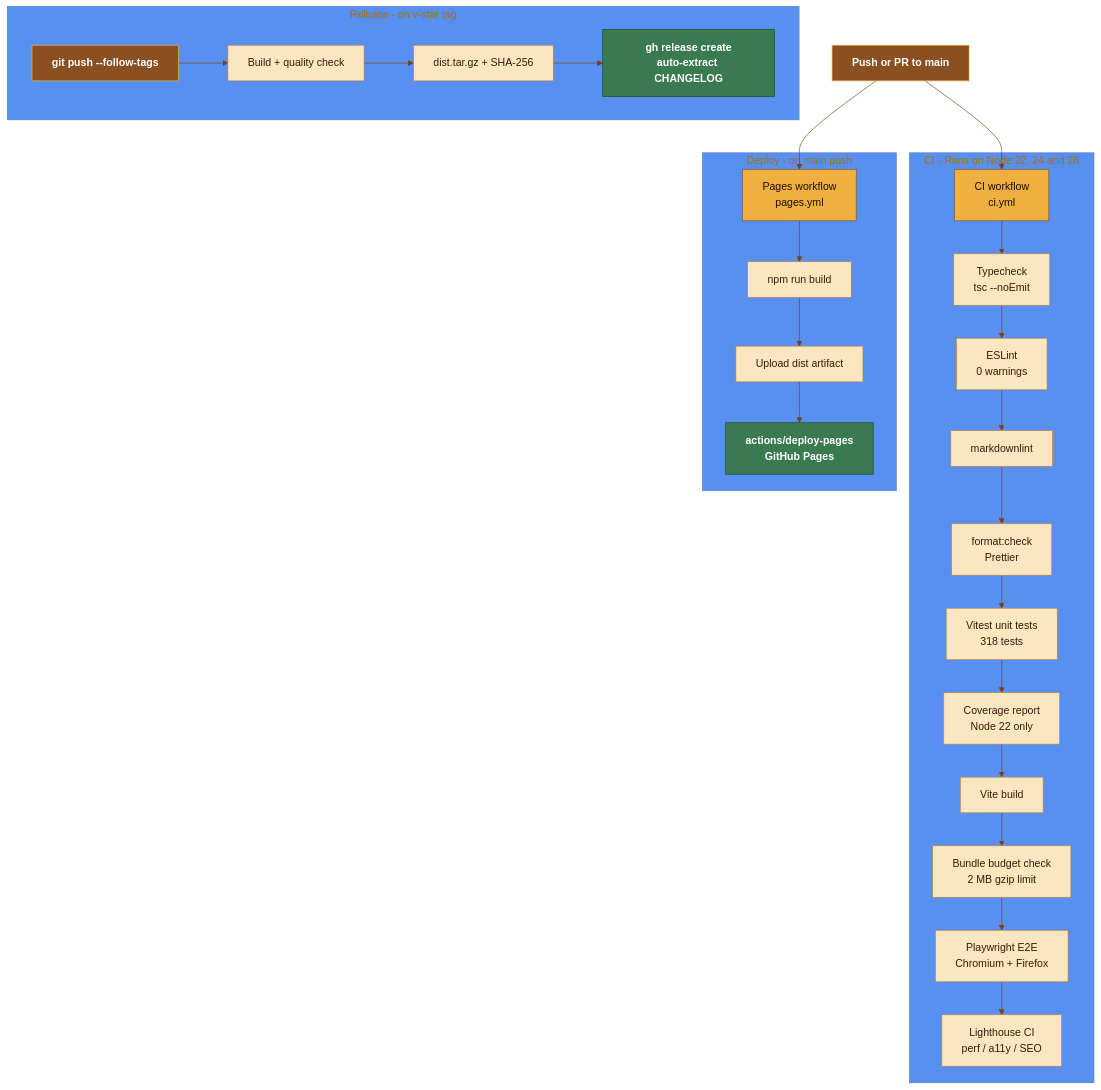
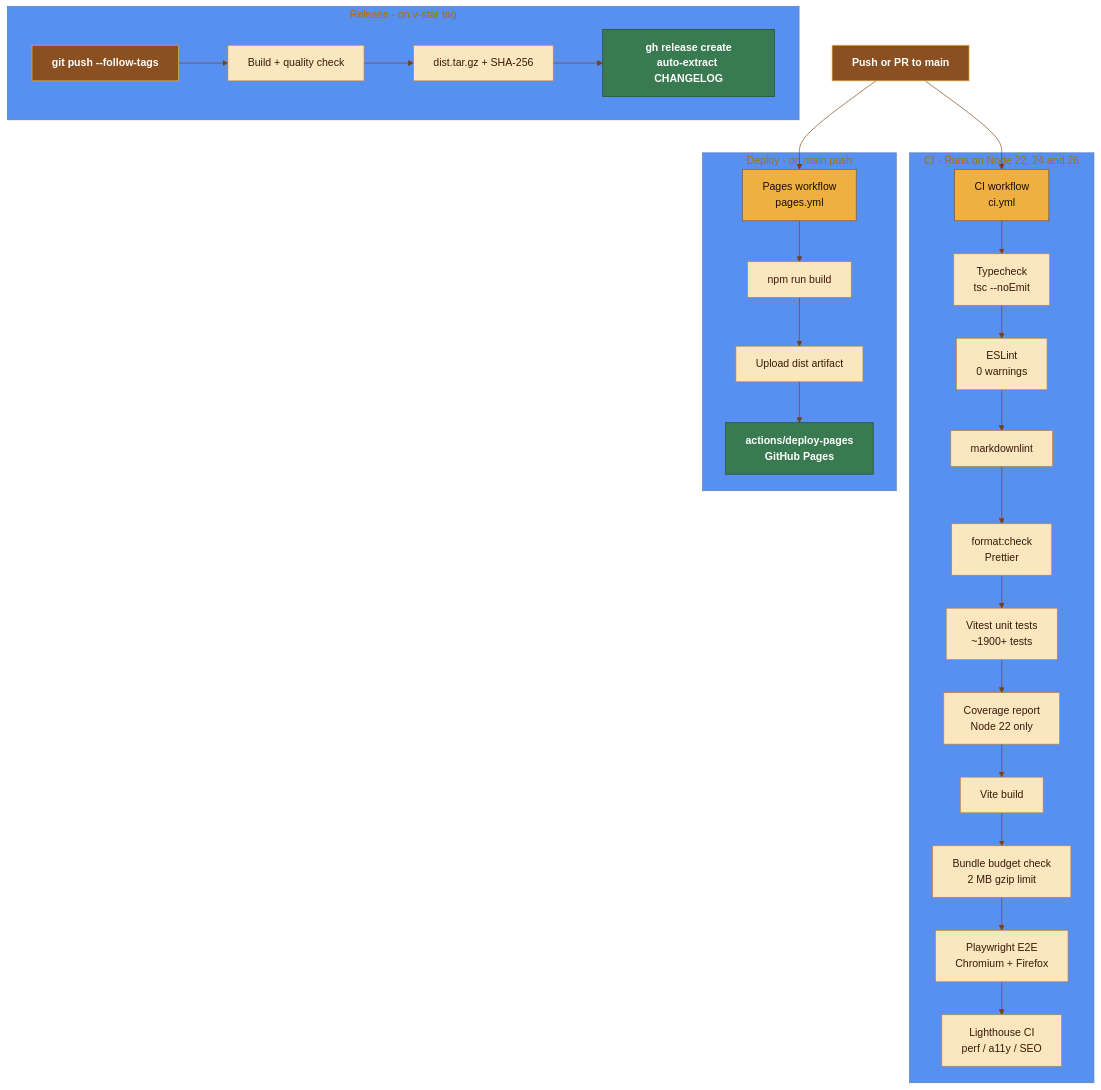
Before and after one commit to RajwanYair/WoodworkingShop: the fifth of 8 diagrams in docs/ARCHITECTURE.md, drawn with Mermaid. The commit also changed other lines of this file and 10 other files, not shown here.

````diff
--- a/docs/ARCHITECTURE.md
+++ b/docs/ARCHITECTURE.md
@@ -355,38 +315,38 @@
 ```mermaid
 %%{init: {'theme': 'base', 'themeVariables': {'primaryColor': '#f0b040', 'primaryTextColor': '#1a0e06', 'primaryBorderColor': '#8b5022', 'lineColor': '#7a4010', 'edgeLabelBackground': '#fef7ed'}}}%%
 graph TD
   push["Push or PR to main"] --> ci["CI workflow\nci.yml"]
   push --> pages["Pages workflow\npages.yml"]
 
   subgraph CI [CI - Runs on Node 22, 24 and 26]
     ci --> tc["Typecheck\ntsc --noEmit"]
     tc --> lint["ESLint\n0 warnings"]
     lint --> mdlint["markdownlint"]
     mdlint --> fmt["format:check\nPrettier"]
-    fmt --> test["Vitest unit tests\n318 tests"]
+    fmt --> test["Vitest unit tests\n~1900+ tests"]
     test --> cov["Coverage report\nNode 22 only"]
     cov --> build["Vite build"]
     build --> bcheck["Bundle budget check\n2 MB gzip limit"]
     bcheck --> e2e["Playwright E2E\nChromium + Firefox"]
     e2e --> lhci["Lighthouse CI\nperf / a11y / SEO"]
   end
 
   subgraph Deploy [Deploy - on main push]
     pages --> dbuild["npm run build"]
     dbuild --> upload["Upload dist artifact"]
     upload --> ghpages["actions/deploy-pages\nGitHub Pages"]
   end
 
   subgraph Release [Release - on v-star tag]
     tag["git push --follow-tags"] --> rbuild["Build + quality check"]
     rbuild --> archive["dist.tar.gz + SHA-256"]
     archive --> ghrelease["gh release create\nauto-extract CHANGELOG"]
   end
 
   classDef trigger fill:#8b5022,stroke:#f0b040,color:#fff,font-weight:bold
   classDef step fill:#fae7c0,stroke:#c08040,color:#3a1806
   classDef gate fill:#3a7a50,stroke:#1e4a30,color:#fff,font-weight:bold
   class push,tag trigger
   class ghpages,ghrelease gate
   class tc,lint,mdlint,fmt,test,cov,build,bcheck,e2e,lhci,dbuild,upload,rbuild,archive step
 ```
````
